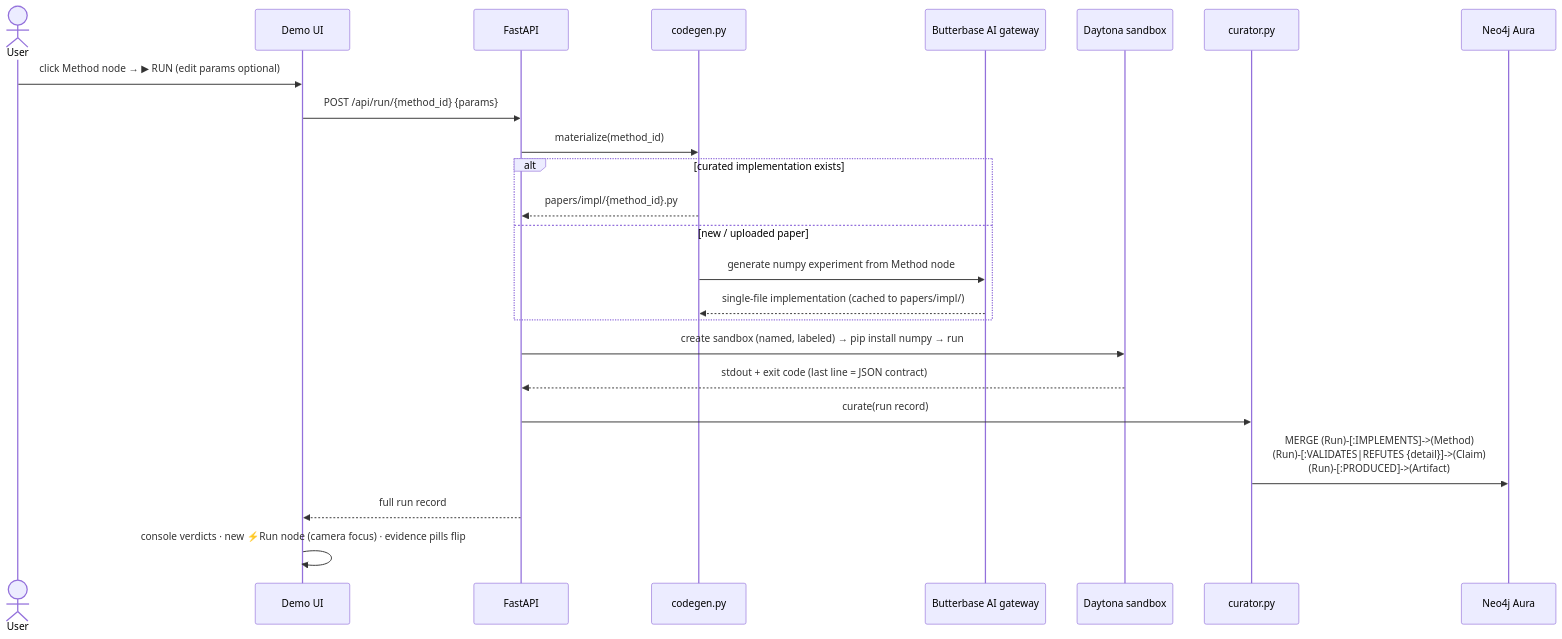
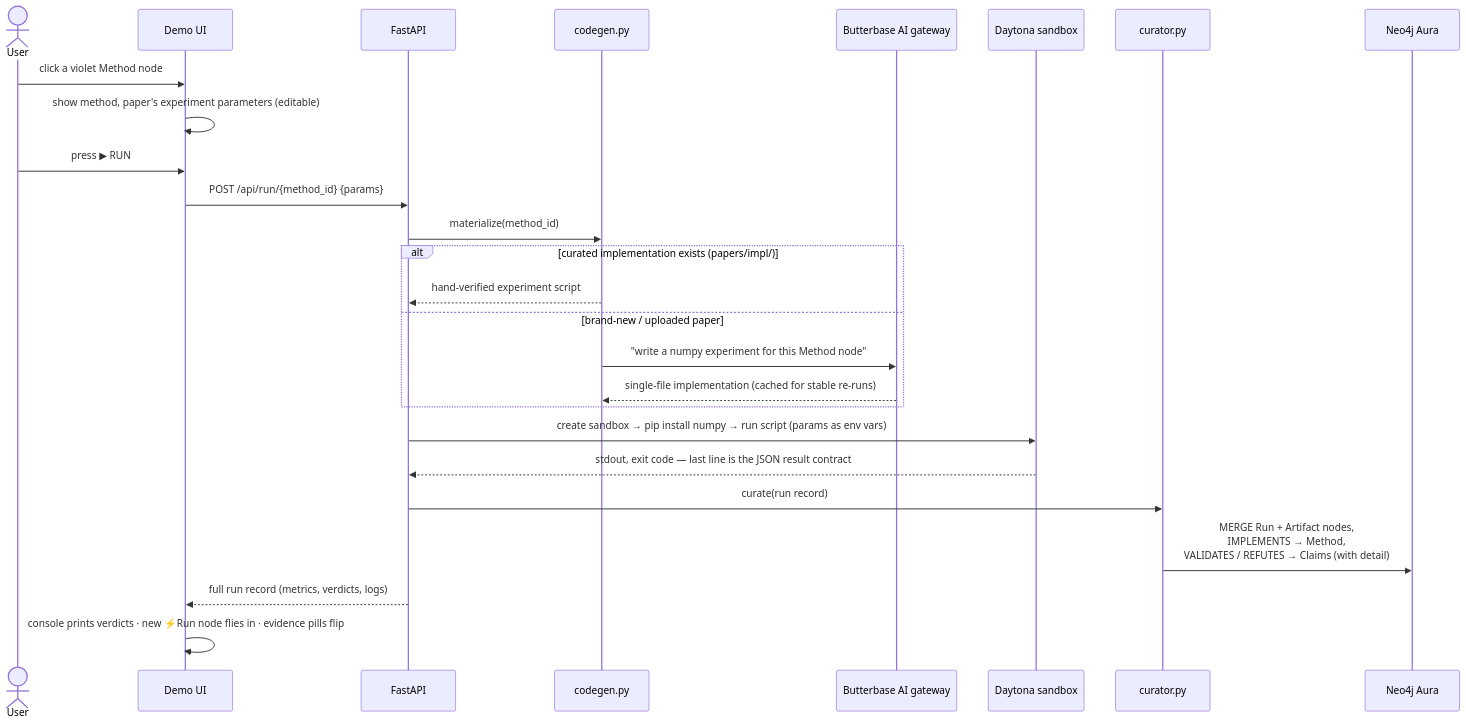
Before and after one commit to samshanmukh/Paper-to-Results-Graph: the second of 5 diagrams in README.md, drawn with Mermaid. The commit also changed other lines of this file, not shown here.

First line of the commit message:
docs: fully narrated README — plain-language walkthroughs for every diagram

````diff
--- a/README.md
+++ b/README.md
@@ -72,27 +114,29 @@
 ```mermaid
 sequenceDiagram
     actor U as User
     participant UI as Demo UI
     participant API as FastAPI
     participant CG as codegen.py
     participant GW as Butterbase AI gateway
     participant DT as Daytona sandbox
     participant CU as curator.py
     participant NEO as Neo4j Aura
 
-    U->>UI: click Method node → ▶ RUN (edit params optional)
+    U->>UI: click a violet Method node
+    UI->>UI: show method, paper's experiment parameters (editable)
+    U->>UI: press ▶ RUN
     UI->>API: POST /api/run/{method_id} {params}
     API->>CG: materialize(method_id)
-    alt curated implementation exists
-        CG-->>API: papers/impl/{method_id}.py
-    else new / uploaded paper
-        CG->>GW: generate numpy experiment from Method node
-        GW-->>CG: single-file implementation (cached to papers/impl/)
+    alt curated implementation exists (papers/impl/)
+        CG-->>API: hand-verified experiment script
+    else brand-new / uploaded paper
+        CG->>GW: "write a numpy experiment for this Method node"
+        GW-->>CG: single-file implementation (cached for stable re-runs)
     end
-    API->>DT: create sandbox (named, labeled) → pip install numpy → run
-    DT-->>API: stdout + exit code (last line = JSON contract)
+    API->>DT: create sandbox → pip install numpy → run script (params as env vars)
+    DT-->>API: stdout, exit code — last line is the JSON result contract
     API->>CU: curate(run record)
-    CU->>NEO: MERGE (Run)-[:IMPLEMENTS]->(Method)<br/>(Run)-[:VALIDATES|REFUTES {detail}]->(Claim)<br/>(Run)-[:PRODUCED]->(Artifact)
-    API-->>UI: full run record
-    UI->>UI: console verdicts · new ⚡Run node (camera focus) · evidence pills flip
+    CU->>NEO: MERGE Run + Artifact nodes,<br/>IMPLEMENTS → Method,<br/>VALIDATES / REFUTES → Claims (with detail)
+    API-->>UI: full run record (metrics, verdicts, logs)
+    UI->>UI: console prints verdicts · new ⚡Run node flies in · evidence pills flip
 ```
````
